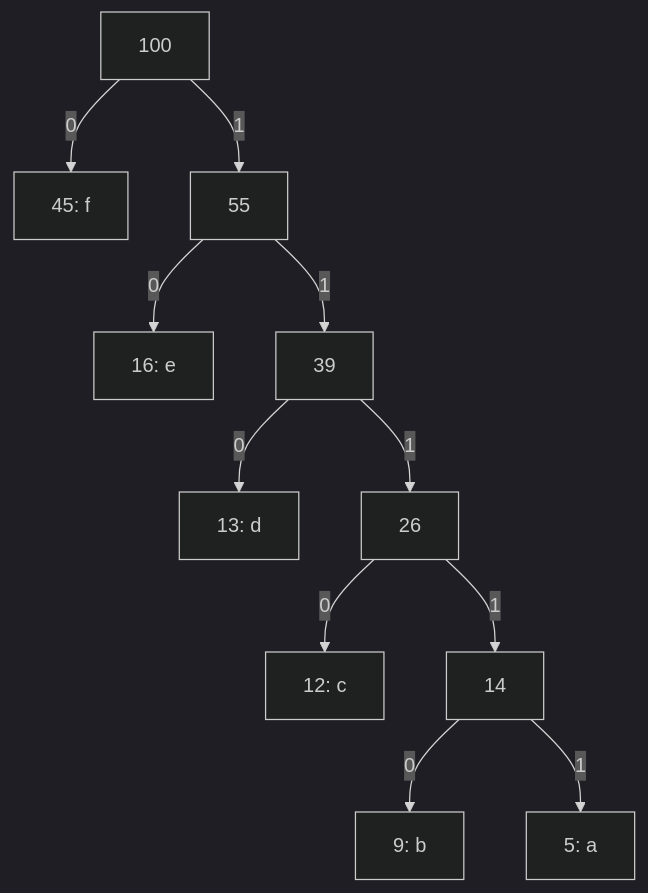
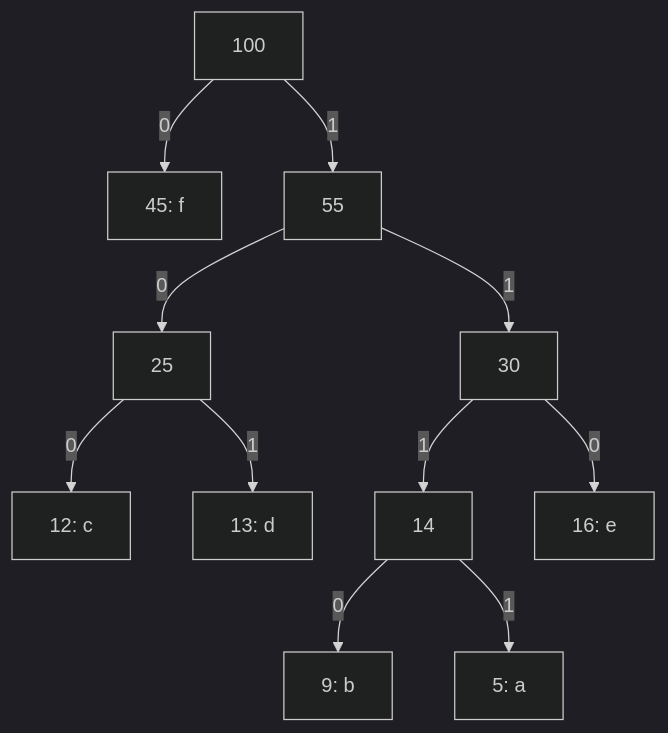
The diagram in HuffmanTree/README.md (johan-franco/csc223), drawn with Mermaid (dark theme) before and after one commit. The commit also changed other lines of this file and 1 other file, not shown here.

Commit message:
fixed tree to match actual and added additional sources

````diff
--- a/HuffmanTree/README.md
+++ b/HuffmanTree/README.md
@@ -11,13 +11,13 @@
 ```mermaid
 graph TD
     Root[100] -->|0| f[45: f]
     Root -->|1| N55[55]
-    N55 -->|0| e[16: e]
-    N55 -->|1| N39[39]
-    N39 -->|0| d[13: d]
-    N39 -->|1| N26[26]
-    N26 -->|0| c[12: c]
-    N26 -->|1| N14[14]
+    N55 -->|0| N25[25]
+    N55 -->|1| N30[30]
+    N25 -->|0| c[12: c]
+    N25 -->|1| d[13: d]
+    N30 -->|1| N14[14]
+    N30 -->|0| e[16: e]
     N14 -->|0| b[9: b]
     N14 -->|1| a[5: a]
 ```
````
